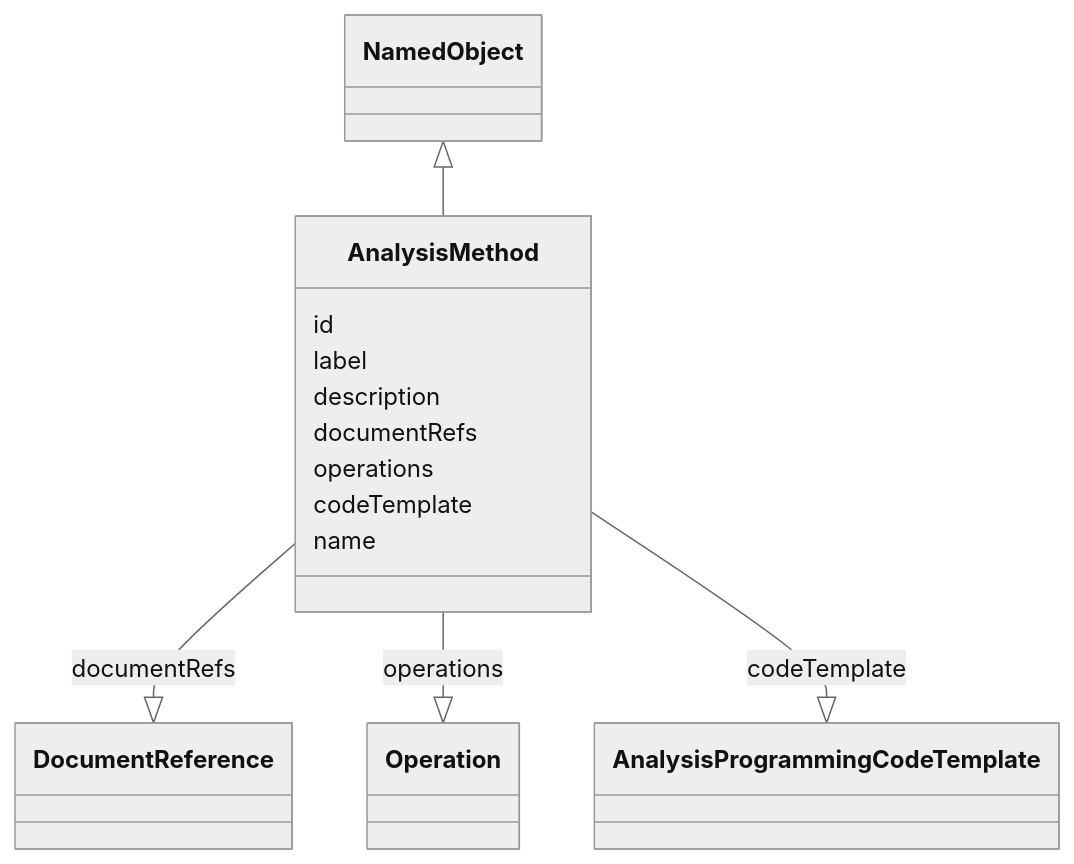
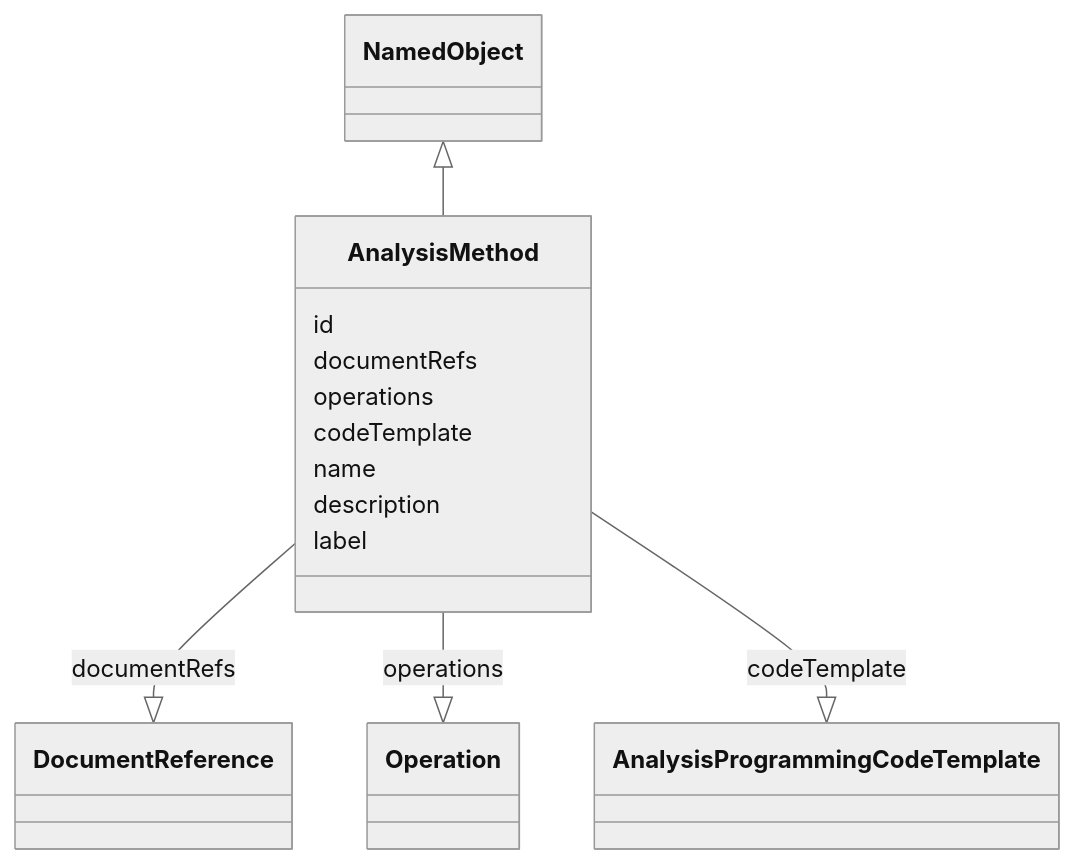
Before and after one commit to cdisc-org/analysis-results-standard: the diagram in project/docs/AnalysisMethod.md, drawn with Mermaid (neutral theme). The commit also changed other lines of this file and 132 other files, not shown here.

````diff
--- a/project/docs/AnalysisMethod.md
+++ b/project/docs/AnalysisMethod.md
@@ -13,17 +13,17 @@
 ```mermaid
  classDiagram
     class AnalysisMethod
       NamedObject <|-- AnalysisMethod
 
       AnalysisMethod : id
-        AnalysisMethod : label
-        AnalysisMethod : description
         AnalysisMethod : documentRefs
         AnalysisMethod --|> DocumentReference : documentRefs
         AnalysisMethod : operations
         AnalysisMethod --|> Operation : operations
         AnalysisMethod : codeTemplate
         AnalysisMethod --|> AnalysisProgrammingCodeTemplate : codeTemplate
         AnalysisMethod : name
+        AnalysisMethod : description
+        AnalysisMethod : label
         
 ```
````
